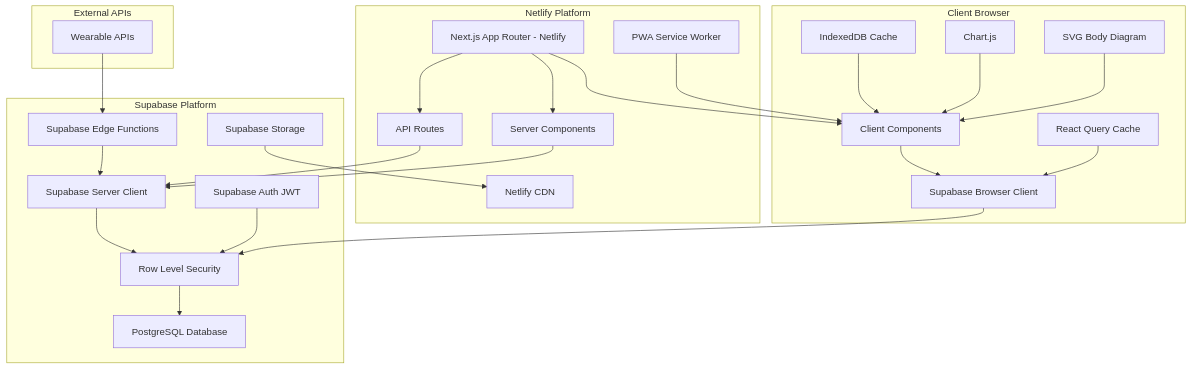
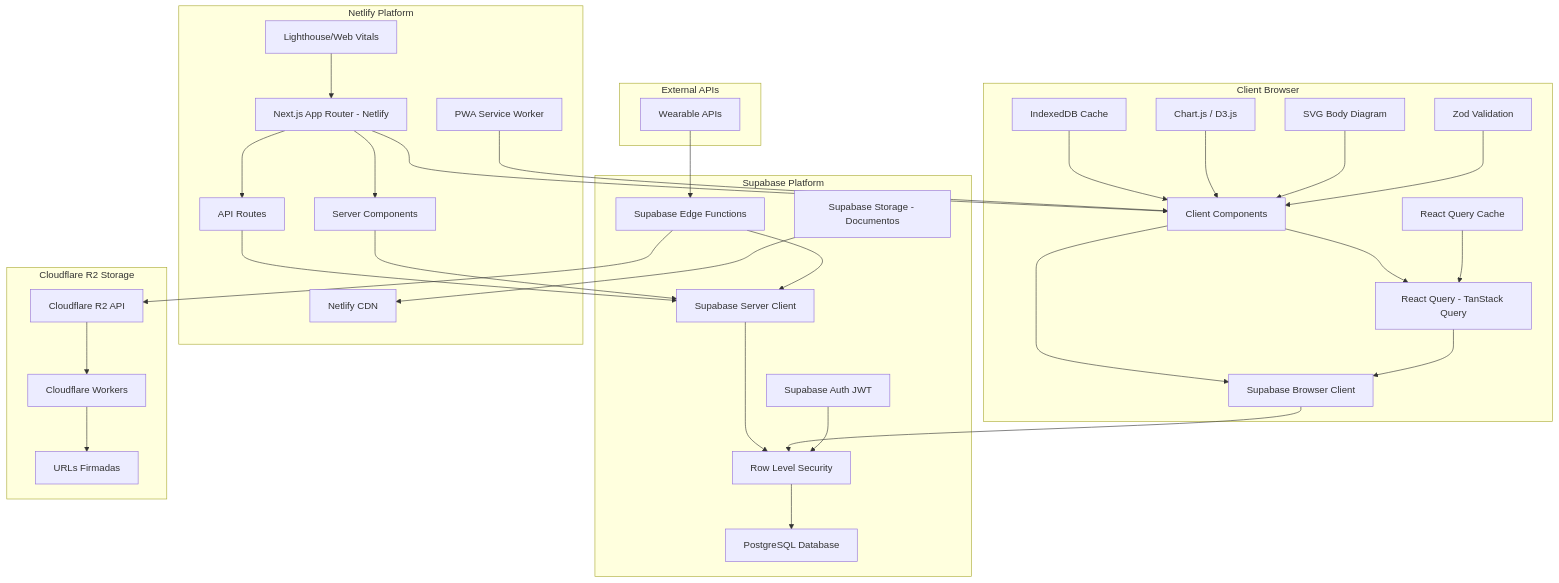
One commit to jostincp/FitTrackerPro changed the second of 3 diagrams in .trae/documents/Technical_Architecture_FitTracker_Pro_v2.md. Above: the diagram before and after it, drawn with Mermaid. The commit also changed other lines of this file and 27 other files, not shown here.

````diff
--- a/.trae/documents/Technical_Architecture_FitTracker_Pro_v2.md
+++ b/.trae/documents/Technical_Architecture_FitTracker_Pro_v2.md
@@ -220,57 +280,74 @@
 ```mermaid
 graph TD
     A[Next.js App Router - Netlify] --> B[API Routes]
     A --> C[Server Components]
     A --> D[Client Components]
     
     B --> E[Supabase Server Client]
     C --> E
     D --> F[Supabase Browser Client]
+    D --> AA[React Query - TanStack Query]
+    AA --> F
     
     E --> G[Row Level Security]
     F --> G
     
     G --> H[PostgreSQL Database]
     
     I[Supabase Edge Functions] --> E
+    I --> BB[Cloudflare R2 API]
+    BB --> CC[Cloudflare Workers]
+    CC --> DD[URLs Firmadas]
+    
     J[Supabase Auth JWT] --> G
-    K[Supabase Storage] --> L[Netlify CDN]
+    K[Supabase Storage - Documentos] --> L[Netlify CDN]
     
     M[PWA Service Worker] --> D
     N[IndexedDB Cache] --> D
-    O[React Query Cache] --> F
+    O[React Query Cache] --> AA
     
     P[Wearable APIs] --> I
-    Q[Chart.js] --> D
+    Q[Chart.js / D3.js] --> D
     R[SVG Body Diagram] --> D
+    S[Zod Validation] --> D
+    T[Lighthouse/Web Vitals] --> A
     
     subgraph "Netlify Platform"
         A
         B
         C
         L
         M
+        T
     end
     
     subgraph "Client Browser"
         D
         F
         N
         O
         Q
         R
+        S
+        AA
     end
     
     subgraph "Supabase Platform"
         E
         G
         H
         I
         J
         K
     end
     
+    subgraph "Cloudflare R2 Storage"
+        BB
+        CC
+        DD
+    end
+    
     subgraph "External APIs"
         P
     end
 ```
````
